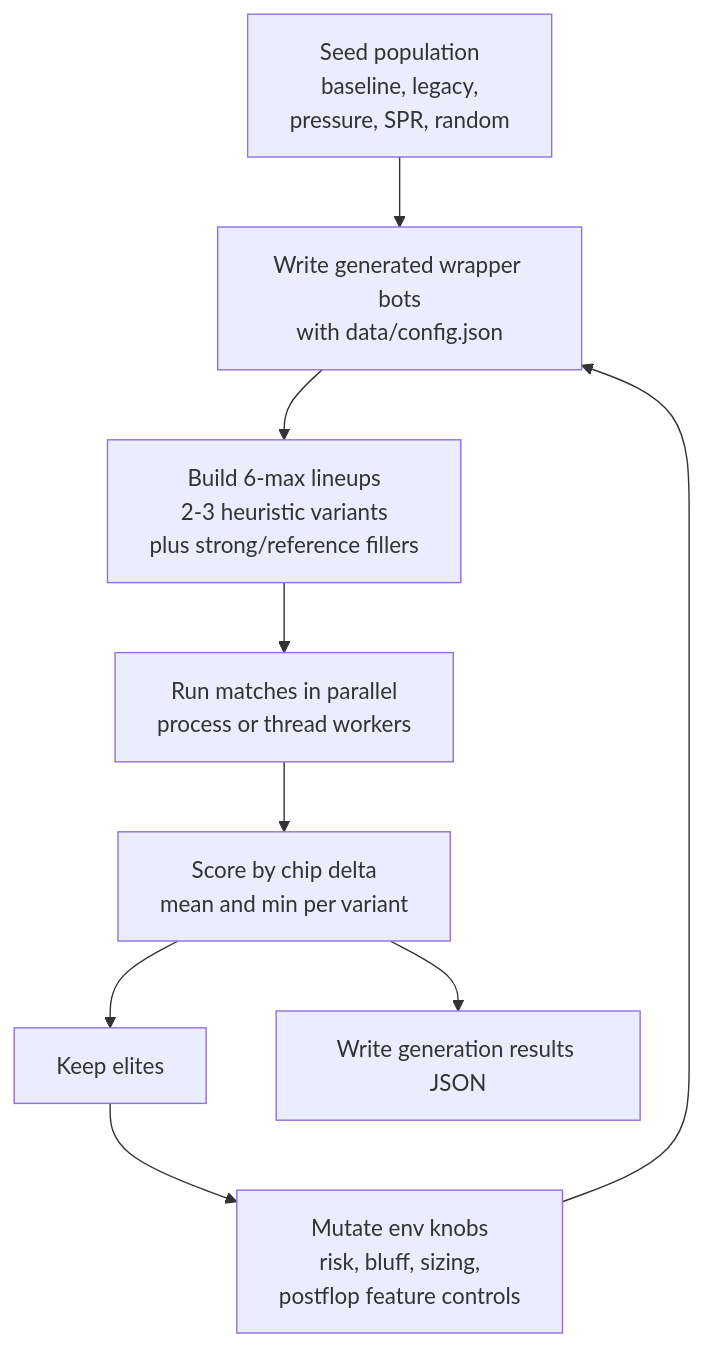
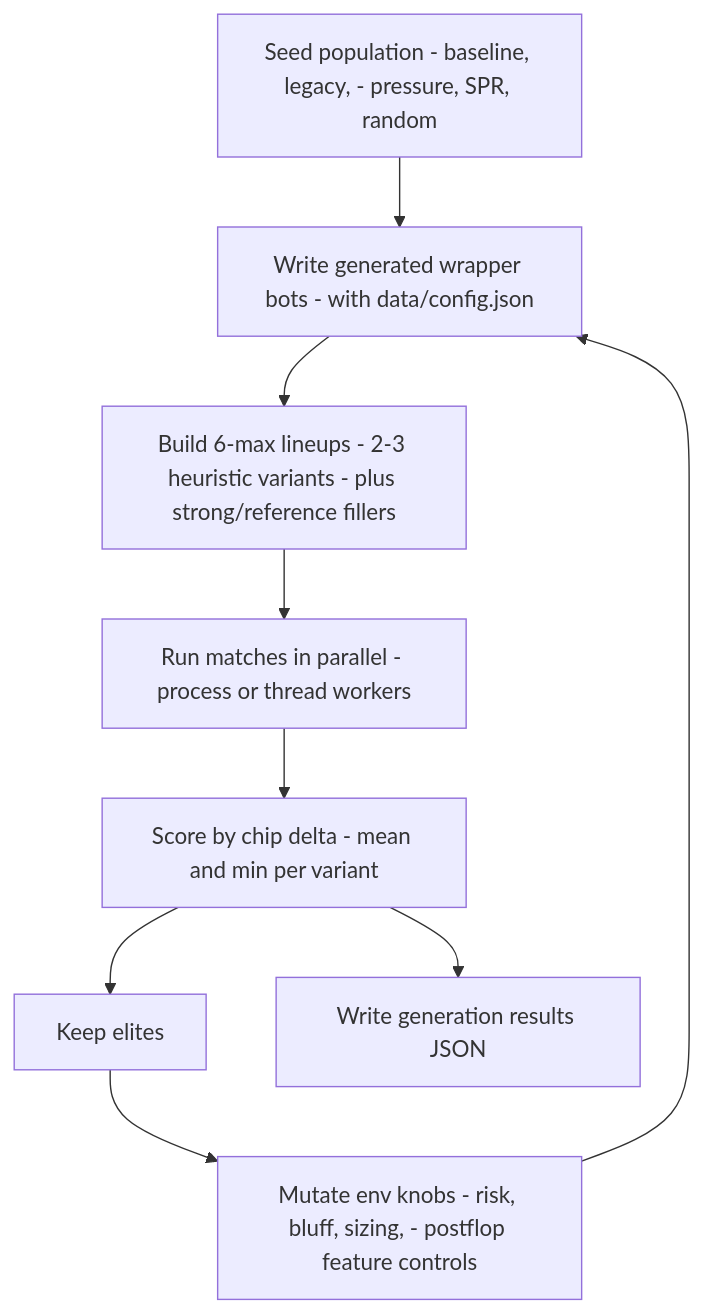
The third of 3 diagrams in docs/strong-mock-self-training-pipeline.md (kosunghun317/fullhouse-engine), drawn with Mermaid before and after one commit. The commit also changed other lines of this file and 13 other files, not shown here.

Commit message:
docs: normalize mermaid diagrams

````diff
--- a/docs/strong-mock-self-training-pipeline.md
+++ b/docs/strong-mock-self-training-pipeline.md
@@ -228,11 +228,11 @@
 ```mermaid
 graph TD
-    Seed["Seed population\nbaseline, legacy,\npressure, SPR, random"] --> Generate["Write generated wrapper bots\nwith data/config.json"]
-    Generate --> Lineups["Build 6-max lineups\n2-3 heuristic variants\nplus strong/reference fillers"]
-    Lineups --> Parallel["Run matches in parallel\nprocess or thread workers"]
-    Parallel --> Score["Score by chip delta\nmean and min per variant"]
+    Seed["Seed population - baseline, legacy, - pressure, SPR, random"] --> Generate["Write generated wrapper bots - with data/config.json"]
+    Generate --> Lineups["Build 6-max lineups - 2-3 heuristic variants - plus strong/reference fillers"]
+    Lineups --> Parallel["Run matches in parallel - process or thread workers"]
+    Parallel --> Score["Score by chip delta - mean and min per variant"]
     Score --> Elite["Keep elites"]
-    Elite --> Mutate["Mutate env knobs\nrisk, bluff, sizing,\npostflop feature controls"]
+    Elite --> Mutate["Mutate env knobs - risk, bluff, sizing, - postflop feature controls"]
     Mutate --> Generate
     Score --> Results["Write generation results JSON"]
 ```
````
